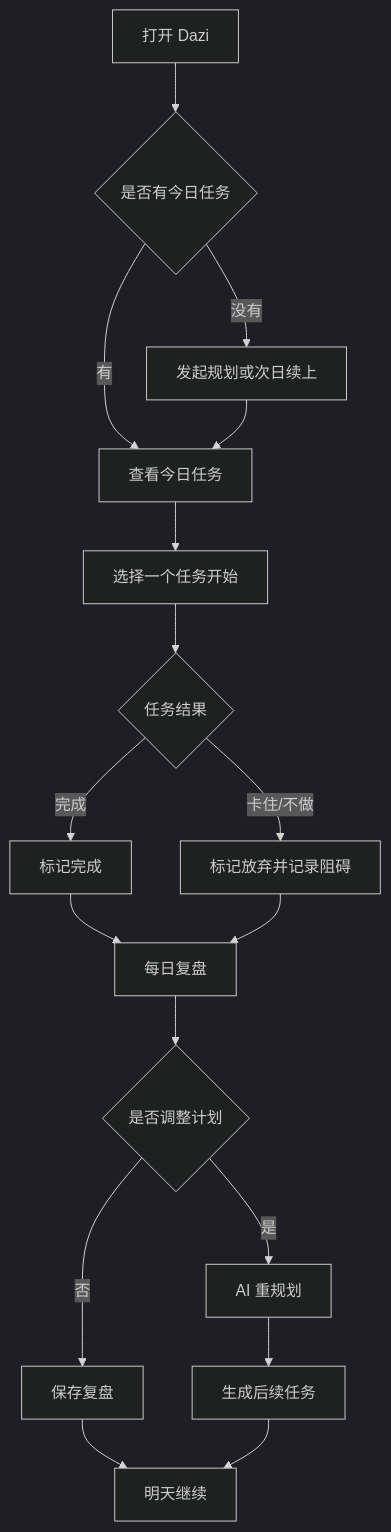
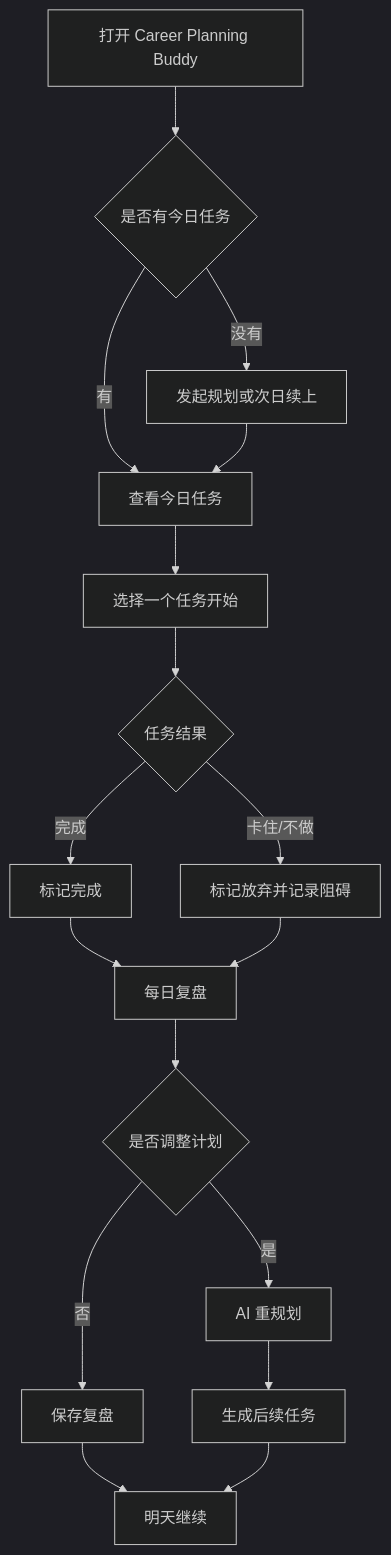
One commit to lyyjsr/career-planning-buddy changed the fourth of 4 diagrams in docs/overview/user-manual.md. Above: the diagram before and after it, drawn with Mermaid (dark theme). The commit also changed other lines of this file and 155 other files, not shown here.

````diff
--- a/docs/overview/user-manual.md
+++ b/docs/overview/user-manual.md
@@ -189,19 +189,19 @@
 ```mermaid
 flowchart TD
-    A[打开 Dazi] --> B{是否有今日任务}
+    A[打开 Career Planning Buddy] --> B{是否有今日任务}
     B -->|没有| C[发起规划或次日续上]
     B -->|有| D[查看今日任务]
     C --> D
     D --> E[选择一个任务开始]
     E --> F{任务结果}
     F -->|完成| G[标记完成]
     F -->|卡住/不做| H[标记放弃并记录阻碍]
     G --> I[每日复盘]
     H --> I
     I --> J{是否调整计划}
     J -->|是| K[AI 重规划]
     J -->|否| L[保存复盘]
     K --> M[生成后续任务]
     L --> N[明天继续]
     M --> N
 ```
````
